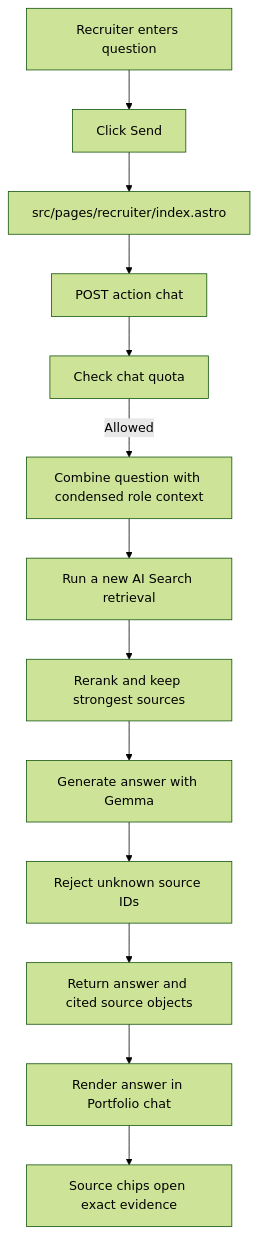
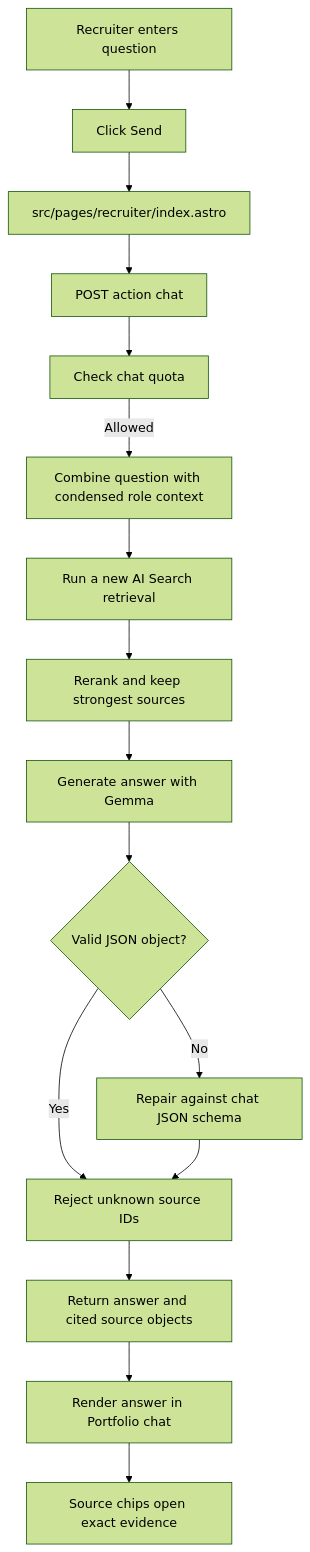
The third of 3 diagrams in docs/RECRUITER_ASSISTANT_WORKFLOW.md (burtonmakes/burtonmakes.github.io), drawn with Mermaid (forest theme) before and after one commit. The commit also changed other lines of this file and 4 other files, not shown here.

````diff
--- a/docs/RECRUITER_ASSISTANT_WORKFLOW.md
+++ b/docs/RECRUITER_ASSISTANT_WORKFLOW.md
@@ -63,15 +70,18 @@
 ```mermaid
 flowchart TD
     A[Recruiter enters question] --> B[Click Send]
     B --> C[src/pages/recruiter/index.astro]
     C --> D[POST action chat]
     D --> E[Check chat quota]
     E -->|Allowed| F[Combine question with condensed role context]
     F --> G[Run a new AI Search retrieval]
     G --> H[Rerank and keep strongest sources]
     H --> I[Generate answer with Gemma]
-    I --> J[Reject unknown source IDs]
-    J --> K[Return answer and cited source objects]
-    K --> L[Render answer in Portfolio chat]
-    L --> M[Source chips open exact evidence]
+    I --> J{Valid JSON object?}
+    J -->|No| K[Repair against chat JSON schema]
+    J -->|Yes| L[Reject unknown source IDs]
+    K --> L
+    L --> M[Return answer and cited source objects]
+    M --> N[Render answer in Portfolio chat]
+    N --> O[Source chips open exact evidence]
 ```
````
